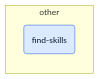
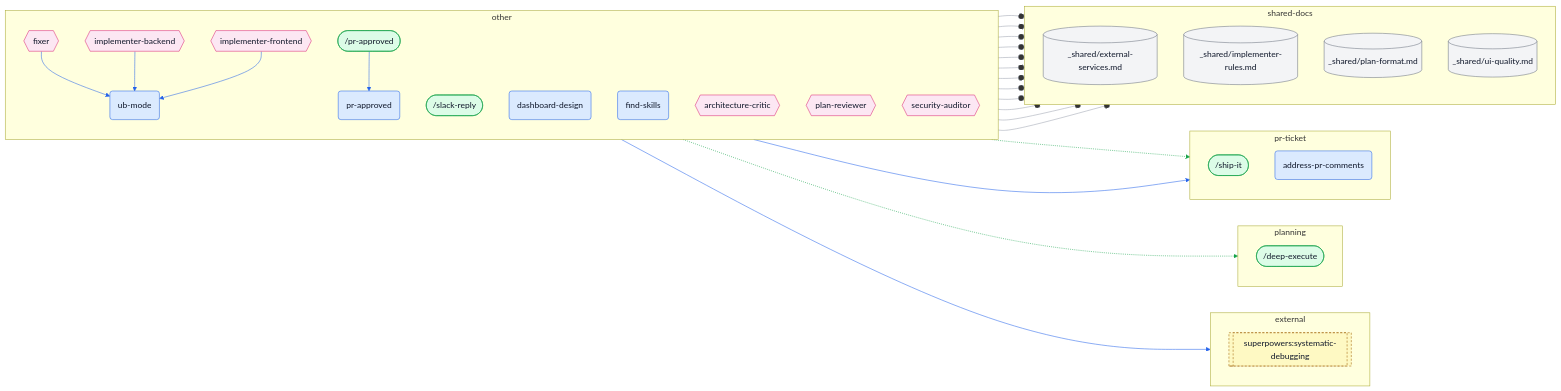
The third of 10 diagrams in docs/skills-map.md (ybarsotti/dotfiles), drawn with Mermaid before and after one commit. The commit also changed other lines of this file and 32 other files, not shown here.

````diff
--- a/docs/skills-map.md
+++ b/docs/skills-map.md
@@ -198,9 +207,80 @@
 ```mermaid
 flowchart LR
+  subgraph cl_external["external"]
+    direction TB
+    x_superpowers_systematic_debugging[["superpowers:systematic-debugging"]]:::external
+  end
   subgraph cl_other["other"]
     direction TB
+    c_pr_approved(["/pr-approved"]):::command
+    c_slack_reply(["/slack-reply"]):::command
+    s_dashboard_design("dashboard-design"):::skill
     s_find_skills("find-skills"):::skill
+    s_pr_approved("pr-approved"):::skill
+    s_ub_mode("ub-mode"):::skill
+    a_architecture_critic{{"architecture-critic"}}:::agent
+    a_fixer{{"fixer"}}:::agent
+    a_implementer_backend{{"implementer-backend"}}:::agent
+    a_implementer_frontend{{"implementer-frontend"}}:::agent
+    a_plan_reviewer{{"plan-reviewer"}}:::agent
+    a_security_auditor{{"security-auditor"}}:::agent
   end
+  subgraph cl_planning["planning"]
+    direction TB
+    c_deep_execute(["/deep-execute"]):::command
+  end
+  subgraph cl_pr_ticket["pr-ticket"]
+    direction TB
+    c_ship_it(["/ship-it"]):::command
+    s_address_pr_comments("address-pr-comments"):::skill
+  end
+  subgraph cl_shared_docs["shared-docs"]
+    direction TB
+    d_external_services[("_shared/external-services.md")]:::shared
+    d_implementer_rules[("_shared/implementer-rules.md")]:::shared
+    d_plan_format[("_shared/plan-format.md")]:::shared
+    d_ui_quality[("_shared/ui-quality.md")]:::shared
+  end
+  a_fixer --o d_external_services
+  a_fixer --o d_implementer_rules
+  a_fixer --o d_ui_quality
+  a_fixer --> s_ub_mode
+  a_implementer_backend --o d_external_services
+  a_implementer_backend --o d_implementer_rules
+  a_implementer_backend --> s_ub_mode
+  a_implementer_frontend --o d_external_services
+  a_implementer_frontend --o d_implementer_rules
+  a_implementer_frontend --o d_ui_quality
+  a_implementer_frontend --> s_ub_mode
+  a_plan_reviewer --o d_external_services
+  a_plan_reviewer --o d_implementer_rules
+  a_plan_reviewer --o d_plan_format
+  a_plan_reviewer --o d_ui_quality
+  c_pr_approved --> s_pr_approved
+  s_pr_approved -.-> c_deep_execute
+  s_pr_approved -.-> c_ship_it
+  s_pr_approved --> s_address_pr_comments
+  s_pr_approved --> x_superpowers_systematic_debugging
+  linkStyle 0 stroke:#9ca3af
+  linkStyle 1 stroke:#9ca3af
+  linkStyle 2 stroke:#9ca3af
+  linkStyle 3 stroke:#2563eb
+  linkStyle 4 stroke:#9ca3af
+  linkStyle 5 stroke:#9ca3af
+  linkStyle 6 stroke:#2563eb
+  linkStyle 7 stroke:#9ca3af
+  linkStyle 8 stroke:#9ca3af
+  linkStyle 9 stroke:#9ca3af
+  linkStyle 10 stroke:#2563eb
+  linkStyle 11 stroke:#9ca3af
+  linkStyle 12 stroke:#9ca3af
+  linkStyle 13 stroke:#9ca3af
+  linkStyle 14 stroke:#9ca3af
+  linkStyle 15 stroke:#2563eb
+  linkStyle 16 stroke:#16a34a
+  linkStyle 17 stroke:#16a34a
+  linkStyle 18 stroke:#2563eb
+  linkStyle 19 stroke:#2563eb
   classDef skill fill:#dbeafe,stroke:#2563eb,color:#0f172a
   classDef command fill:#dcfce7,stroke:#16a34a,color:#0f172a
   classDef agent fill:#fce7f3,stroke:#db2777,color:#0f172a
````
